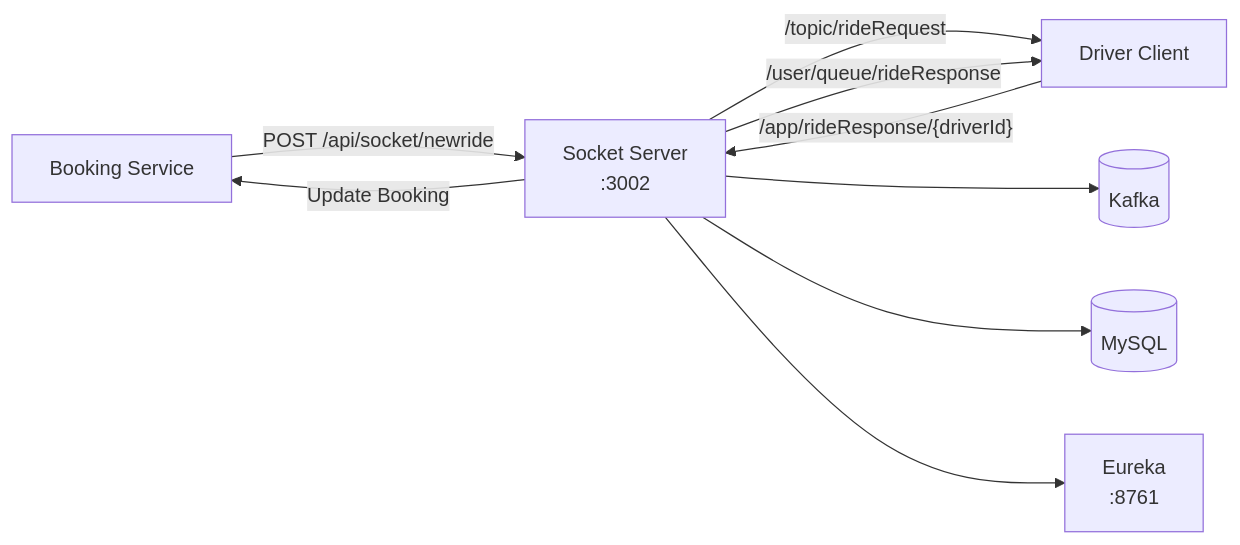
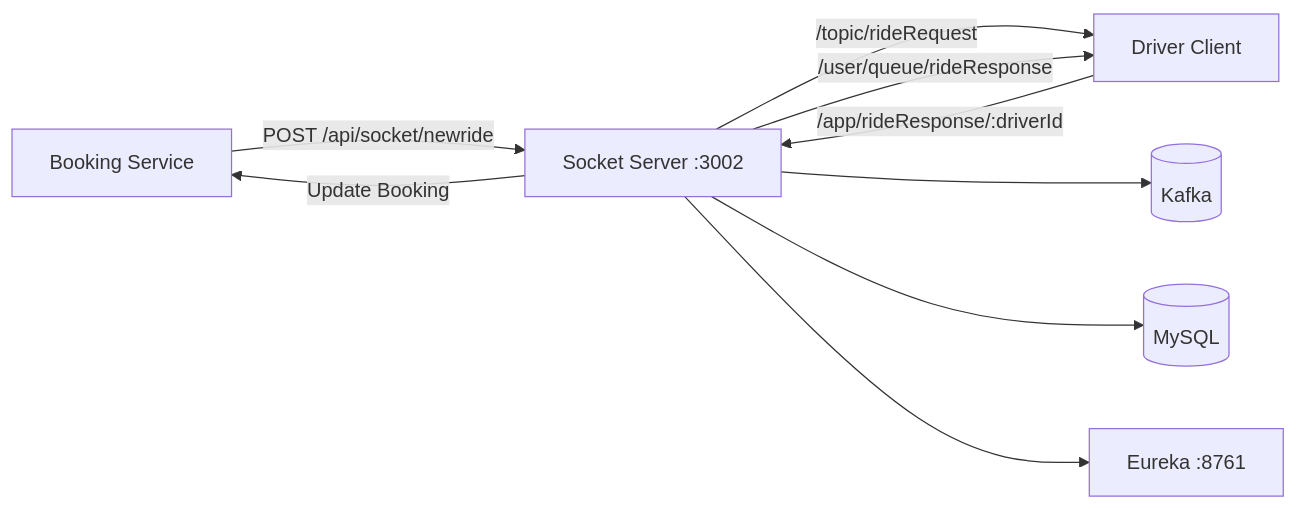
The first of 2 diagrams in README.md (Abhilash-Panja/Socket-Server), drawn with Mermaid before and after one commit. The commit also changed other lines of this file, not shown here.

Commit message:
Fix formatting in Mermaid diagram in README
Updated Mermaid diagram in README to improve formatting and clarity of service names.

````diff
--- a/README.md
+++ b/README.md
@@ -42,18 +42,18 @@
 ```mermaid
 flowchart LR
     Booking[Booking Service]
-    Socket["Socket Server<br/>:3002"]
+    Socket["Socket Server :3002"]
     Driver[Driver Client]
-    Eureka["Eureka<br/>:8761"]
+    Eureka["Eureka :8761"]
     Kafka[(Kafka)]
     MySQL[(MySQL)]
 
     Booking -->|"POST /api/socket/newride"| Socket
     Socket -->|"/topic/rideRequest"| Driver
-    Driver -->|"/app/rideResponse/{driverId}"| Socket
+    Driver -->|"/app/rideResponse/:driverId"| Socket
     Socket -->|"Update Booking"| Booking
     Socket -->|"/user/queue/rideResponse"| Driver
     Socket --> Kafka
     Socket --> MySQL
     Socket --> Eureka
 ```
````
